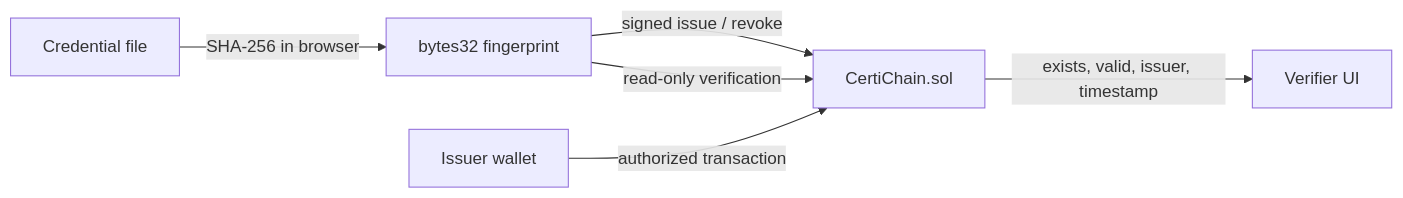
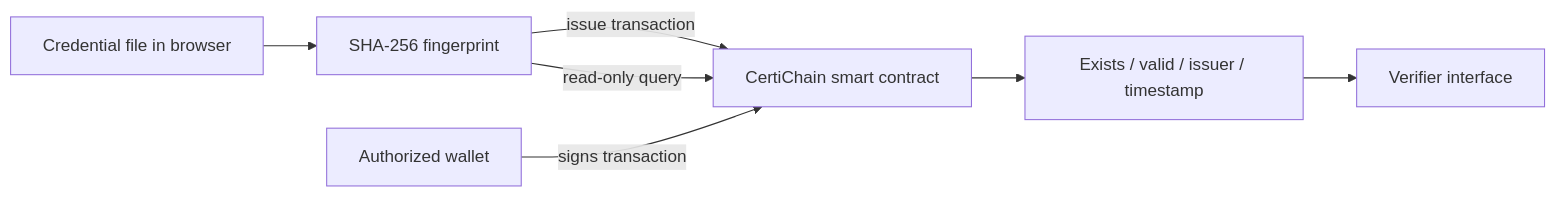
Before and after one commit to SwapnilPatil-1993/certichain-credential-registry: the diagram in README.md, drawn with Mermaid. The commit also changed other lines of this file, not shown here.

````diff
--- a/README.md
+++ b/README.md
@@ -21,8 +30,9 @@
 ```mermaid
 flowchart LR
-    F[Credential file] -->|SHA-256 in browser| H[bytes32 fingerprint]
-    H -->|signed issue / revoke| C[CertiChain.sol]
-    W[Issuer wallet] -->|authorized transaction| C
-    H -->|read-only verification| C
-    C -->|exists, valid, issuer, timestamp| V[Verifier UI]
+    F[Credential file in browser] --> H[SHA-256 fingerprint]
+    H -->|issue transaction| C[CertiChain smart contract]
+    W[Authorized wallet] -->|signs transaction| C
+    H -->|read-only query| C
+    C --> R[Exists / valid / issuer / timestamp]
+    R --> V[Verifier interface]
 ```
````
